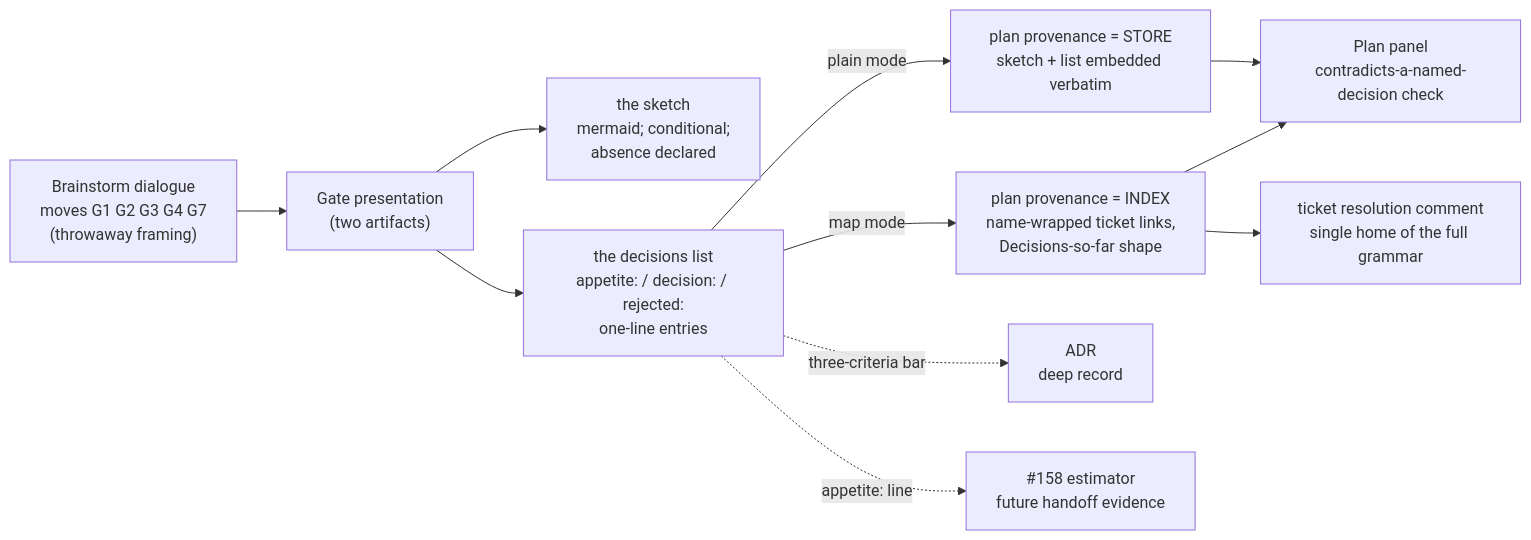
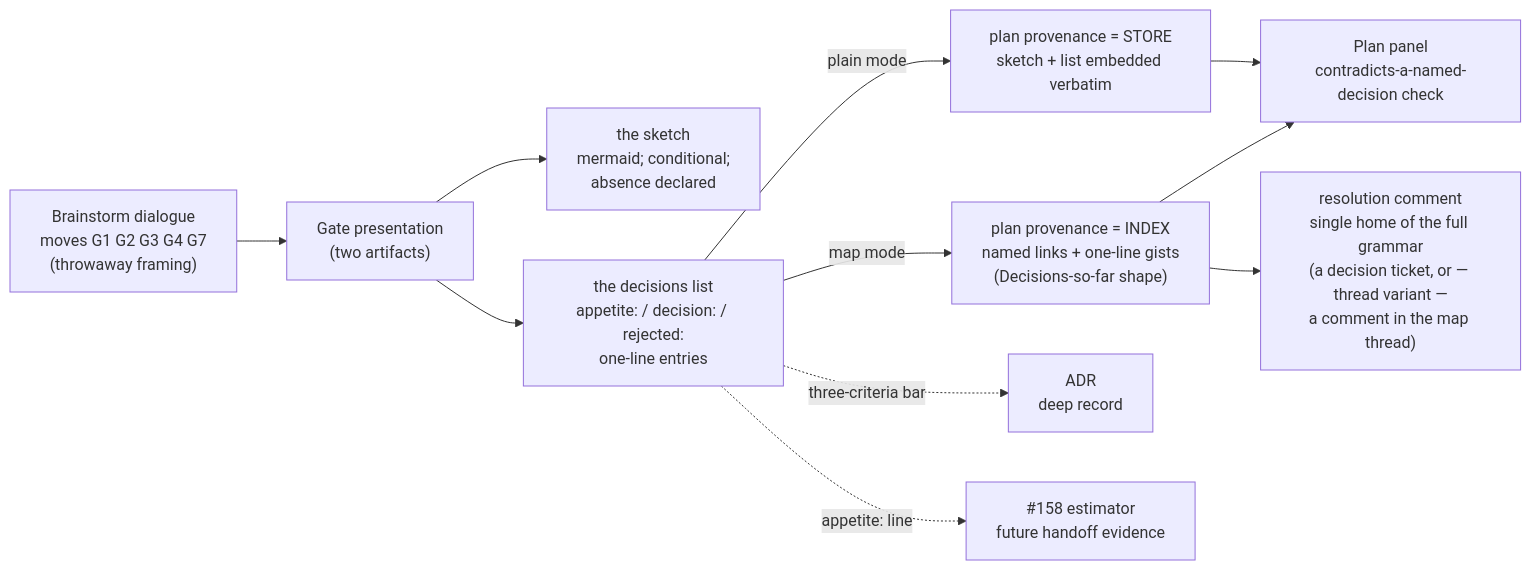
One commit to threadsafe-systems/pi-sdlc changed the diagram in docs/plans/2026-08-09-gate-presentation-contract.md. Above: the diagram before and after it, drawn with Mermaid. The commit also changed other lines of this file and 5 other files, not shown here.

Commit message:
docs(plan-review): S3 plan panel round 3 — 2/2 incorporated (index prefix smuggling, sketch verbatim) + O-1 comment round-trip repair, plan rev 4

````diff
--- a/docs/plans/2026-08-09-gate-presentation-contract.md
+++ b/docs/plans/2026-08-09-gate-presentation-contract.md
@@ -19,13 +19,13 @@
 ```mermaid
 flowchart LR
     DLG["Brainstorm dialogue\nmoves G1 G2 G3 G4 G7\n(throwaway framing)"] --> GP["Gate presentation\n(two artifacts)"]
     GP --> SK["the sketch\nmermaid; conditional;\nabsence declared"]
     GP --> DECS["the decisions list\nappetite: / decision: / rejected:\none-line entries"]
     DECS -->|plain mode| STORE["plan provenance = STORE\nsketch + list embedded verbatim"]
-    DECS -->|map mode| INDEX["plan provenance = INDEX\nname-wrapped ticket links,\nDecisions-so-far shape"]
-    INDEX --> TICKET["ticket resolution comment\nsingle home of the full grammar"]
+    DECS -->|map mode| INDEX["plan provenance = INDEX\nnamed links + one-line gists\n(Decisions-so-far shape)"]
+    INDEX --> TICKET["resolution comment\nsingle home of the full grammar\n(a decision ticket, or — thread variant —\na comment in the map thread)"]
     DECS -.->|three-criteria bar| ADR["ADR\ndeep record"]
     STORE --> PP["Plan panel\ncontradicts-a-named-decision check"]
     INDEX --> PP
     DECS -.->|appetite: line| E158["#158 estimator\nfuture handoff evidence"]
 ```
````
